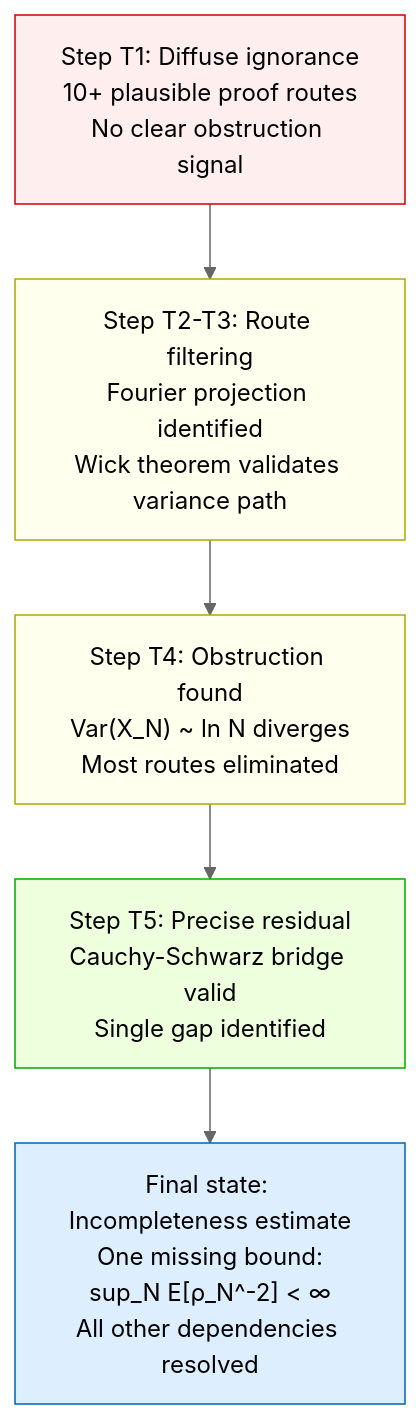
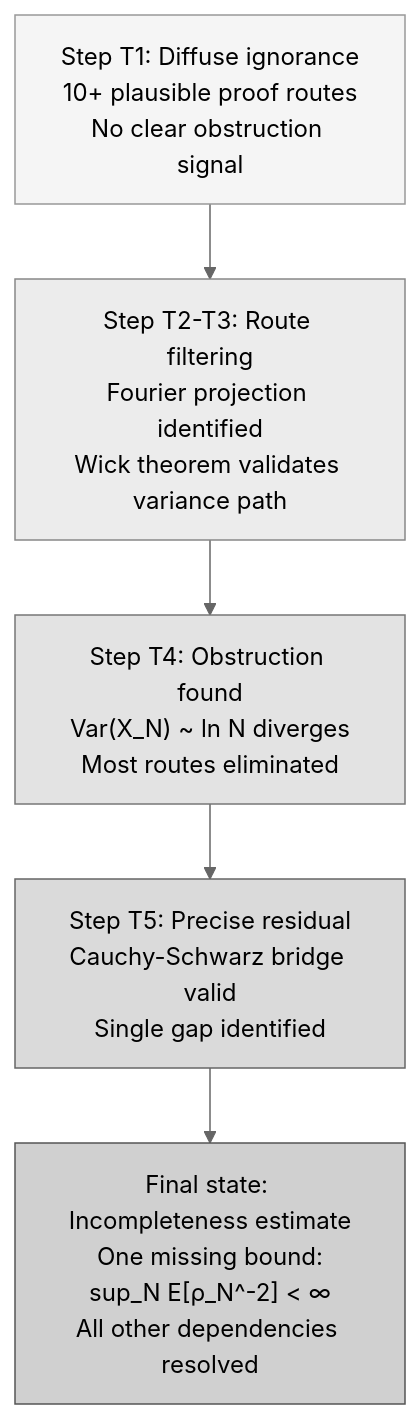
One commit to Zetetic-Dhruv/First-Proof-Benchmark-Results changed the fifth of 7 diagrams in README.md. Above: the diagram before and after it, drawn with Mermaid (neutral theme).

Commit message:
Mute ignorance evolution diagram to greyscale
https://claude.ai/code/session_012JTFb2iJ1PcD8X7iypcFyw

````diff
--- a/README.md
+++ b/README.md
@@ -302,14 +302,14 @@
 ```mermaid
 flowchart TD
     I1["Step T1: Diffuse ignorance\n10+ plausible proof routes\nNo clear obstruction signal"]
     I1 --> I2["Step T2-T3: Route filtering\nFourier projection identified\nWick theorem validates variance path"]
     I2 --> I3["Step T4: Obstruction found\nVar(X_N) ~ ln N diverges\nMost routes eliminated"]
     I3 --> I4["Step T5: Precise residual\nCauchy-Schwarz bridge valid\nSingle gap identified"]
     I4 --> I5["Final state: Incompleteness estimate\nOne missing bound:\nsup_N E[ρ_N^-2] < ∞\nAll other dependencies resolved"]
 
-    style I1 fill:#fee,stroke:#c00
-    style I2 fill:#ffe,stroke:#aa0
-    style I3 fill:#ffe,stroke:#aa0
-    style I4 fill:#efd,stroke:#0a0
-    style I5 fill:#def,stroke:#06a
+    style I1 fill:#f5f5f5,stroke:#999
+    style I2 fill:#ececec,stroke:#888
+    style I3 fill:#e3e3e3,stroke:#777
+    style I4 fill:#dadada,stroke:#666
+    style I5 fill:#d0d0d0,stroke:#555
 ```
````
